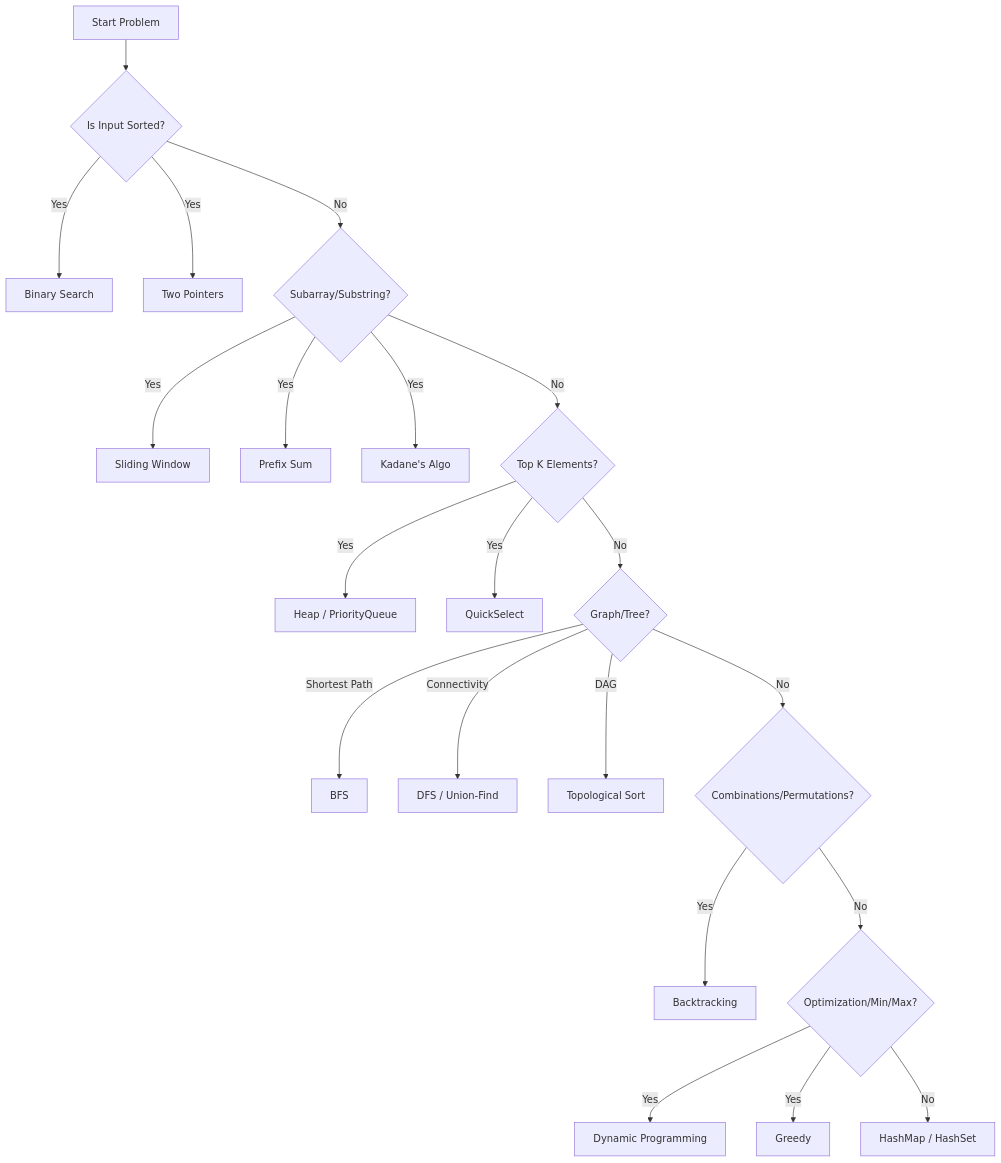
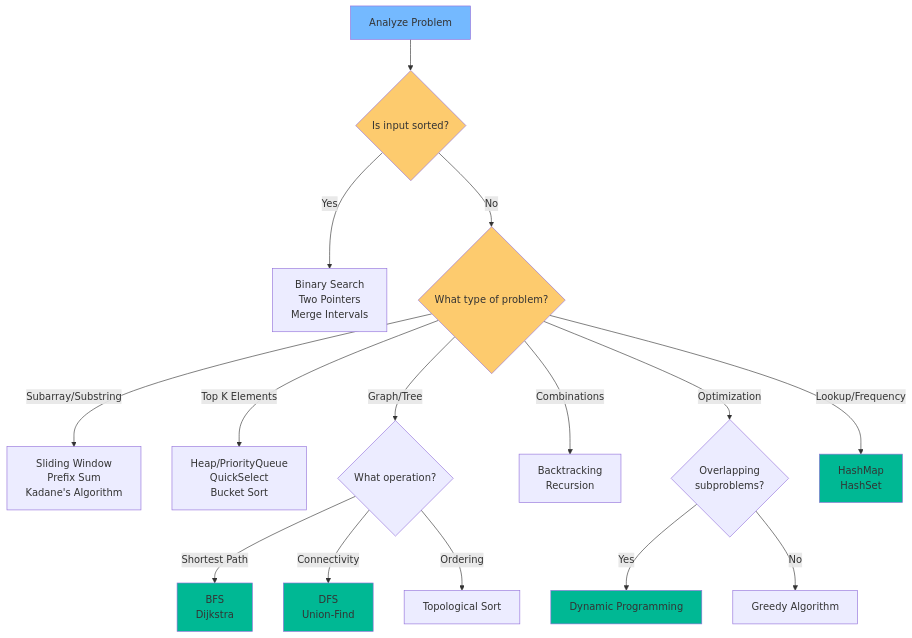
The diagram in algorithms/algorithms/02-problem-solving-framework.md (srinivasboini/interview-prep), drawn with Mermaid before and after one commit. The commit also changed other lines of this file and 50 other files, not shown here.

````diff
--- a/algorithms/algorithms/02-problem-solving-framework.md
+++ b/algorithms/algorithms/02-problem-solving-framework.md
@@ -72,35 +380,33 @@
 ```mermaid
 graph TD
-    Start[Start Problem] --> Sorted{Is Input Sorted?}
+    Start[Analyze Problem] --> Sorted{Is input sorted?}
     
-    Sorted -- Yes --> BS[Binary Search]
-    Sorted -- Yes --> TP[Two Pointers]
+    Sorted -- Yes --> SortedPatterns[Binary Search<br/>Two Pointers<br/>Merge Intervals]
     
-    Sorted -- No --> Subarray{Subarray/Substring?}
+    Sorted -- No --> DataType{What type of problem?}
     
-    Subarray -- Yes --> SW[Sliding Window]
-    Subarray -- Yes --> PS[Prefix Sum]
-    Subarray -- Yes --> Kadane[Kadane's Algo]
+    DataType -- Subarray/Substring --> SubarrayPatterns[Sliding Window<br/>Prefix Sum<br/>Kadane's Algorithm]
     
-    Subarray -- No --> TopK{Top K Elements?}
+    DataType -- Top K Elements --> TopKPatterns[Heap/PriorityQueue<br/>QuickSelect<br/>Bucket Sort]
     
-    TopK -- Yes --> Heap[Heap / PriorityQueue]
-    TopK -- Yes --> QS[QuickSelect]
+    DataType -- Graph/Tree --> GraphType{What operation?}
+    GraphType -- Shortest Path --> BFS[BFS<br/>Dijkstra]
+    GraphType -- Connectivity --> DFS[DFS<br/>Union-Find]
+    GraphType -- Ordering --> Topo[Topological Sort]
     
-    TopK -- No --> Graph{Graph/Tree?}
+    DataType -- Combinations --> Backtracking[Backtracking<br/>Recursion]
     
-    Graph -- Shortest Path --> BFS[BFS]
-    Graph -- Connectivity --> DFS[DFS / Union-Find]
-    Graph -- DAG --> Topo[Topological Sort]
+    DataType -- Optimization --> OptType{Overlapping<br/>subproblems?}
+    OptType -- Yes --> DP[Dynamic Programming]
+    OptType -- No --> Greedy[Greedy Algorithm]
     
-    Graph -- No --> Comb{Combinations/Permutations?}
+    DataType -- Lookup/Frequency --> Hash[HashMap<br/>HashSet]
     
-    Comb -- Yes --> Back[Backtracking]
-    
-    Comb -- No --> Opt{Optimization/Min/Max?}
-    
-    Opt -- Yes --> DP[Dynamic Programming]
-    Opt -- Yes --> Greedy[Greedy]
-    
-    Opt -- No --> Hash[HashMap / HashSet]
+    style Start fill:#74b9ff
+    style Sorted fill:#fdcb6e
+    style DataType fill:#fdcb6e
+    style BFS fill:#00b894
+    style DFS fill:#00b894
+    style DP fill:#00b894
+    style Hash fill:#00b894
 ```
````
